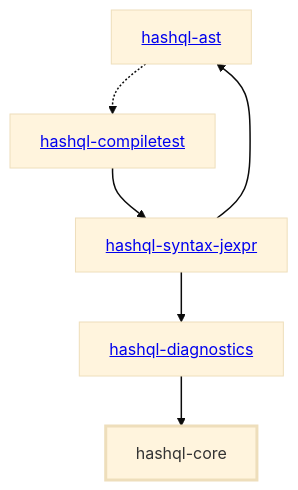
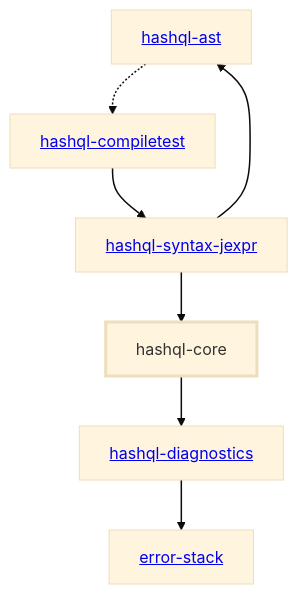
The diagram in libs/@local/hashql/core/docs/dependency-diagram.mmd (hashintel/hash), drawn with Mermaid (base theme) before and after one commit. The commit also changed 6 other files, not shown here.

```diff
--- a/libs/@local/hashql/core/docs/dependency-diagram.mmd
+++ b/libs/@local/hashql/core/docs/dependency-diagram.mmd
@@ -1,21 +1,23 @@
 graph TD
     linkStyle default stroke-width:1.5px
     classDef default stroke-width:1px
     classDef root stroke-width:3px
     classDef dev stroke-width:1px
     classDef build stroke-width:1px
     %% Legend
     %% --> : Normal dependency
     %% -.-> : Dev dependency
     %% ---> : Build dependency
     0[<a href="../hashql_ast">hashql-ast</a>]
     1[<a href="../hashql_compiletest">hashql-compiletest</a>]
     2[hashql-core]
     class 2 root
     3[<a href="../hashql_diagnostics">hashql-diagnostics</a>]
     4[<a href="../hashql_syntax_jexpr">hashql-syntax-jexpr</a>]
+    5[<a href="../error_stack">error-stack</a>]
     0 -.-> 1
     1 --> 4
-    3 --> 2
+    2 --> 3
+    3 --> 5
     4 --> 0
-    4 --> 3
+    4 --> 2
```
